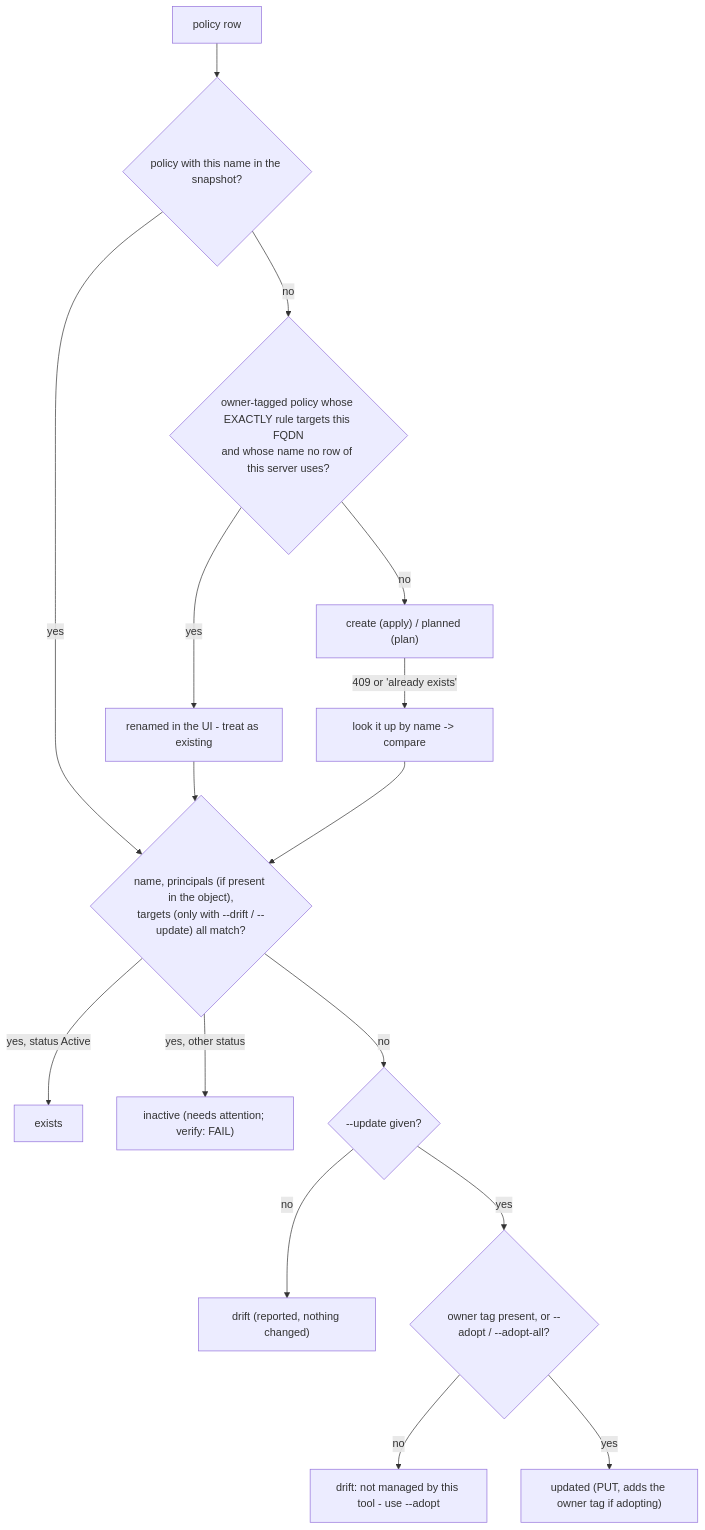
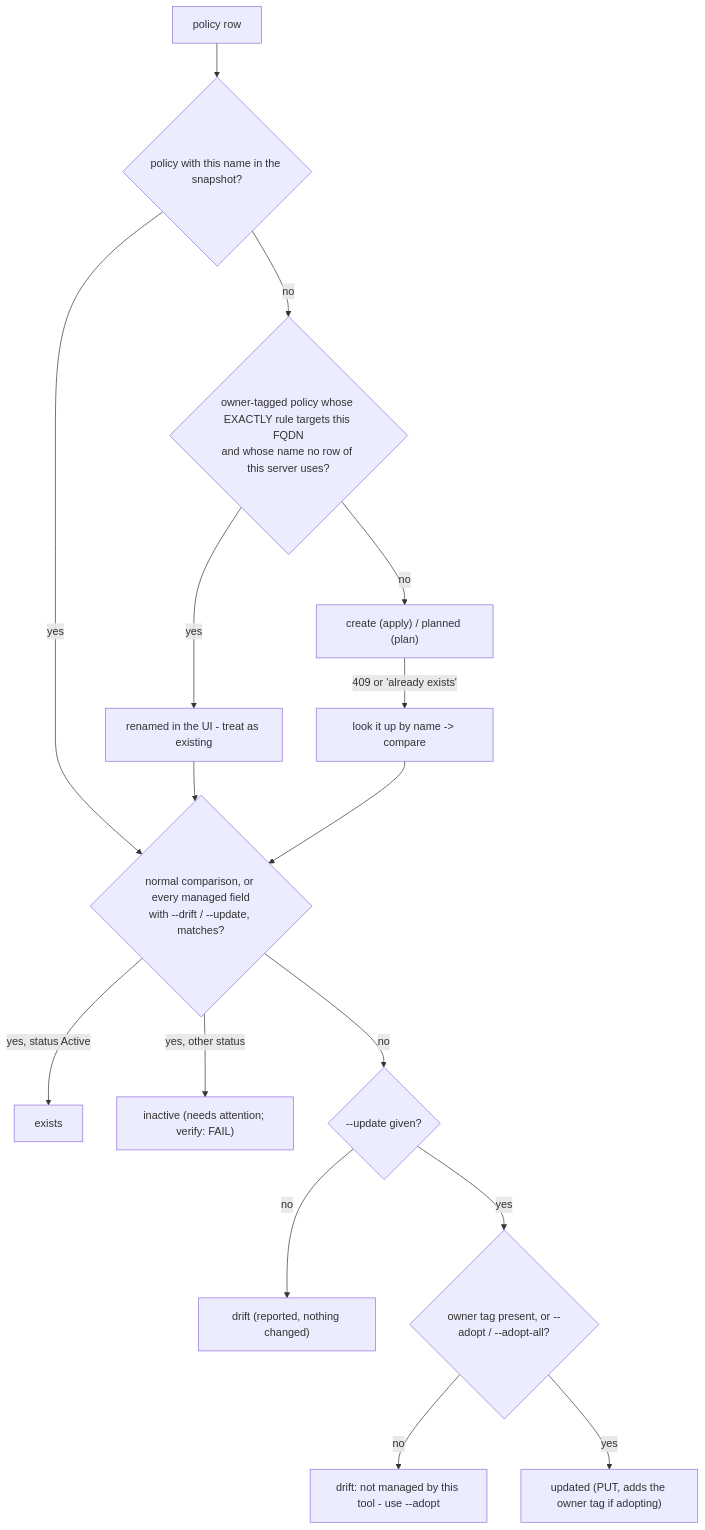
Before and after one commit to umair-wwt/sia-policy: the third of 3 diagrams in docs/DEVELOPER.md, drawn with Mermaid. The commit also changed other lines of this file and 69 other files, not shown here.

````diff
--- a/docs/DEVELOPER.md
+++ b/docs/DEVELOPER.md
@@ -203,18 +211,18 @@
 ```mermaid
 flowchart TD
     S["policy row"] --> N{"policy with this name in the snapshot?"}
     N -->|no| O{"owner-tagged policy whose EXACTLY rule targets this FQDN<br/>and whose name no row of this server uses?"}
     O -->|no| C["create (apply) / planned (plan)"]
     C -->|409 or 'already exists'| CF["look it up by name -> compare"]
     O -->|yes| D["renamed in the UI - treat as existing"]
-    N -->|yes| CMP{"name, principals (if present in the object),<br/>targets (only with --drift / --update) all match?"}
+    N -->|yes| CMP{"normal comparison, or every managed field<br/>with --drift / --update, matches?"}
     D --> CMP
     CF --> CMP
     CMP -->|yes, status Active| EX["exists"]
     CMP -->|yes, other status| IN["inactive (needs attention; verify: FAIL)"]
     CMP -->|no| U{"--update given?"}
     U -->|no| DR["drift (reported, nothing changed)"]
     U -->|yes| OWN{"owner tag present, or --adopt / --adopt-all?"}
     OWN -->|no| DR2["drift: not managed by this tool - use --adopt"]
     OWN -->|yes| UP["updated (PUT, adds the owner tag if adopting)"]
 ```
````
